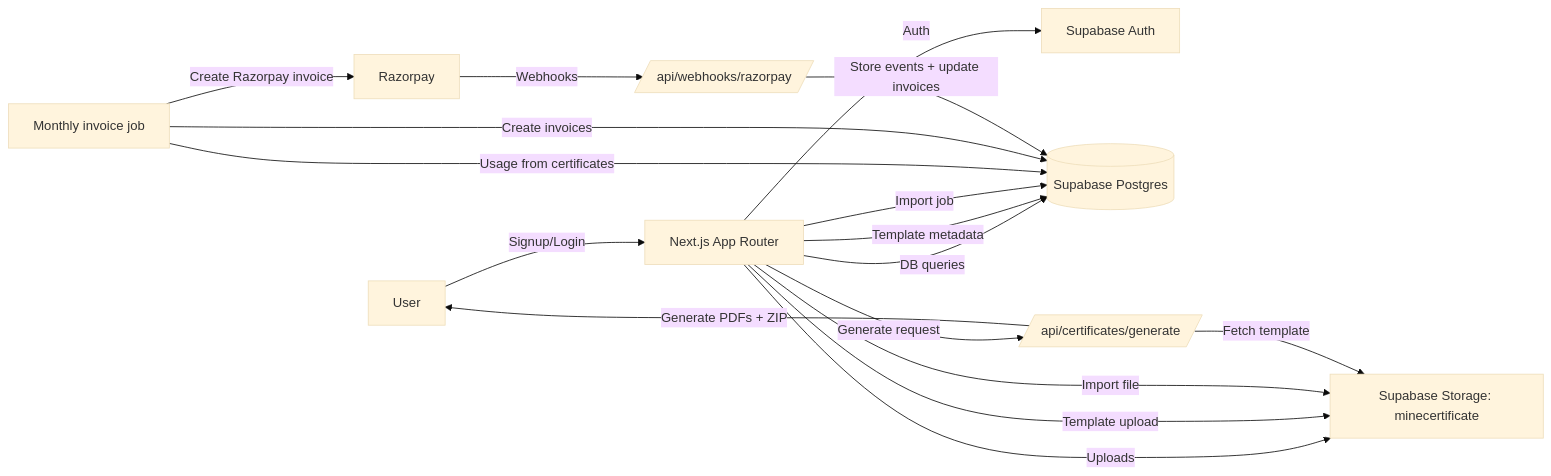
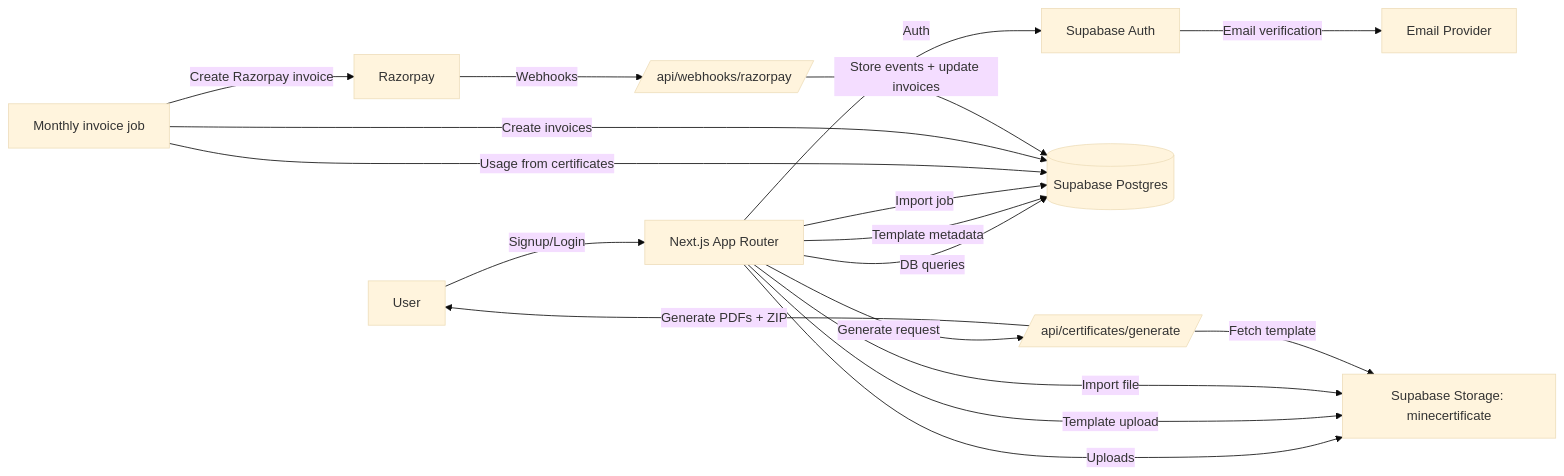
One commit to frarmerr-labs/Authentix-dashboard changed the diagram in ARCHITECTURE_SUMMARY.md. Above: the diagram before and after it, drawn with Mermaid (base theme). The commit also changed other lines of this file and 1 other file, not shown here.

First line of the commit message:
Update architecture and database docs for latest schema

````diff
--- a/ARCHITECTURE_SUMMARY.md
+++ b/ARCHITECTURE_SUMMARY.md
@@ -289,23 +295,24 @@
 ```mermaid
 flowchart LR
   User[User] -->|Signup/Login| NextApp[Next.js App Router]
   NextApp -->|Auth| SupabaseAuth[Supabase Auth]
+  SupabaseAuth -->|Email verification| Email[Email Provider]
   NextApp -->|DB queries| SupabaseDB[(Supabase Postgres)]
   NextApp -->|Uploads| Storage[Supabase Storage: minecertificate]
 
   NextApp -->|Template upload| Storage
   NextApp -->|Template metadata| SupabaseDB
 
   NextApp -->|Import file| Storage
   NextApp -->|Import job| SupabaseDB
 
   NextApp -->|Generate request| CertAPI[/api/certificates/generate/]
   CertAPI -->|Fetch template| Storage
   CertAPI -->|Generate PDFs + ZIP| User
 
   BillingJob[Monthly invoice job] -->|Usage from certificates| SupabaseDB
   BillingJob -->|Create invoices| SupabaseDB
   BillingJob -->|Create Razorpay invoice| Razorpay[Razorpay]
   Razorpay -->|Webhooks| Webhook[/api/webhooks/razorpay/]
   Webhook -->|Store events + update invoices| SupabaseDB
 ```
````
